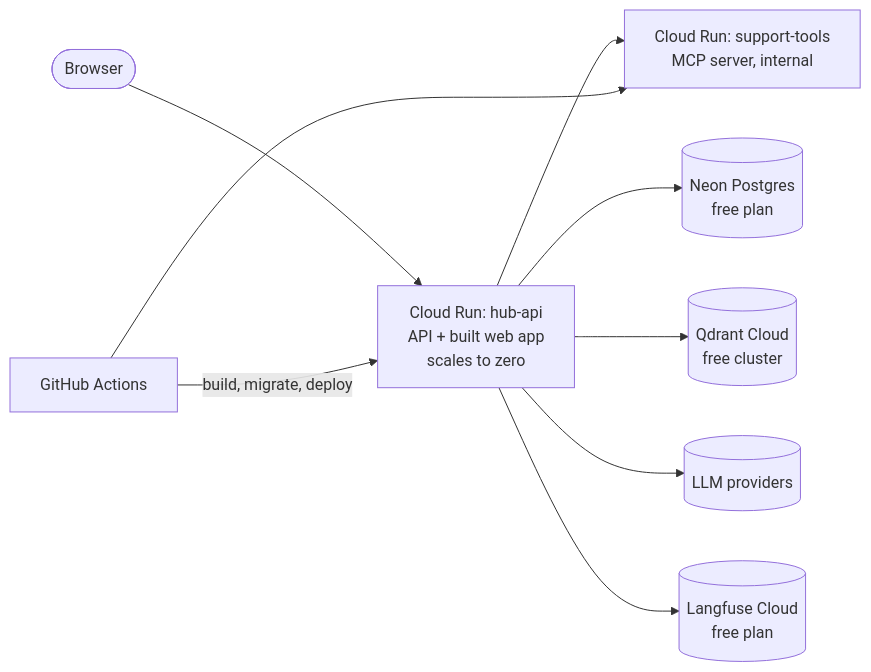
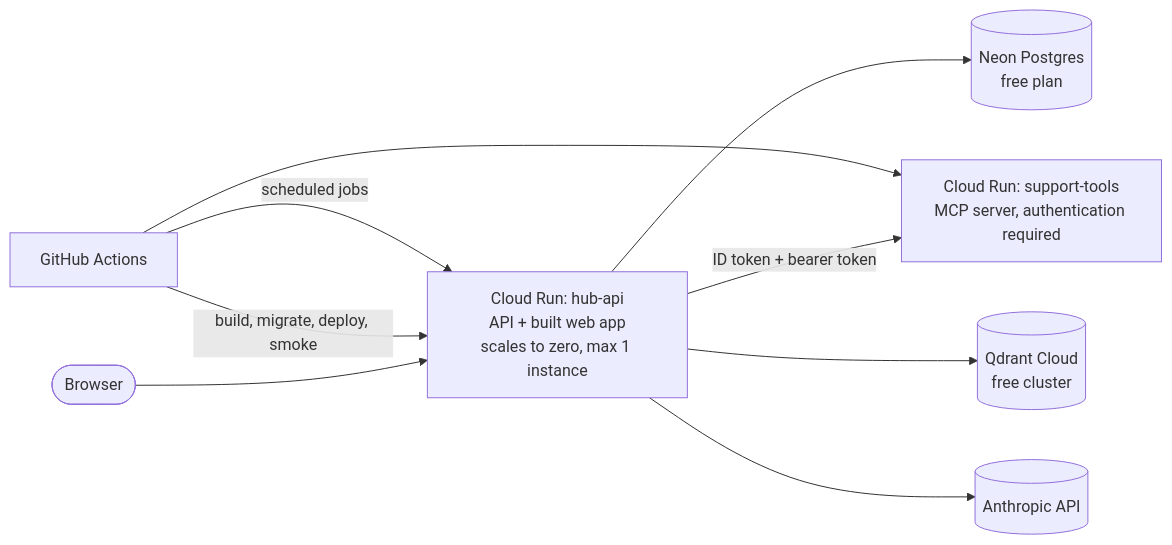
One commit to victorianaumova/ai-support-hub changed the diagram in docs/operations.md. Above: the diagram before and after it, drawn with Mermaid. The commit also changed other lines of this file and 41 other files, not shown here.

First line of the commit message:
feat(deploy): Cloud Run deploy workflow, scheduled jobs, rollback, Neon roles; stops at H8 (P10-07) (#68)

````diff
--- a/docs/operations.md
+++ b/docs/operations.md
@@ -131,11 +133,11 @@
 ```mermaid
 flowchart LR
-    user([Browser]) --> run_api["Cloud Run: hub-api<br/>API + built web app<br/>scales to zero"]
-    run_api --> run_mcp["Cloud Run: support-tools<br/>MCP server, internal"]
+    user([Browser]) --> run_api["Cloud Run: hub-api<br/>API + built web app<br/>scales to zero, max 1 instance"]
+    run_api -- "ID token + bearer token" --> run_mcp["Cloud Run: support-tools<br/>MCP server, authentication required"]
     run_api --> neon[("Neon Postgres<br/>free plan")]
     run_api --> qcloud[("Qdrant Cloud<br/>free cluster")]
-    run_api --> llm[(LLM providers)]
-    run_api --> lf[(Langfuse Cloud<br/>free plan)]
-    gha["GitHub Actions"] -- "build, migrate, deploy" --> run_api
+    run_api --> llm[(Anthropic API)]
+    gha["GitHub Actions"] -- "build, migrate, deploy, smoke" --> run_api
     gha --> run_mcp
+    gha -- "scheduled jobs" --> run_api
 ```
````
